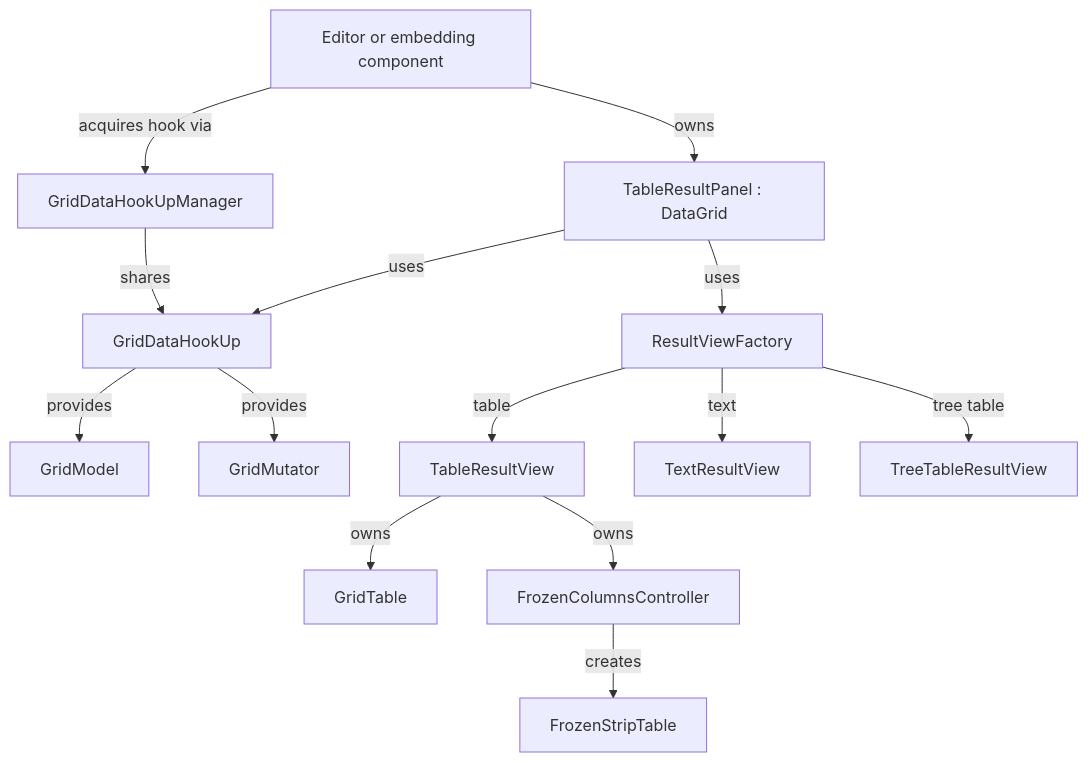
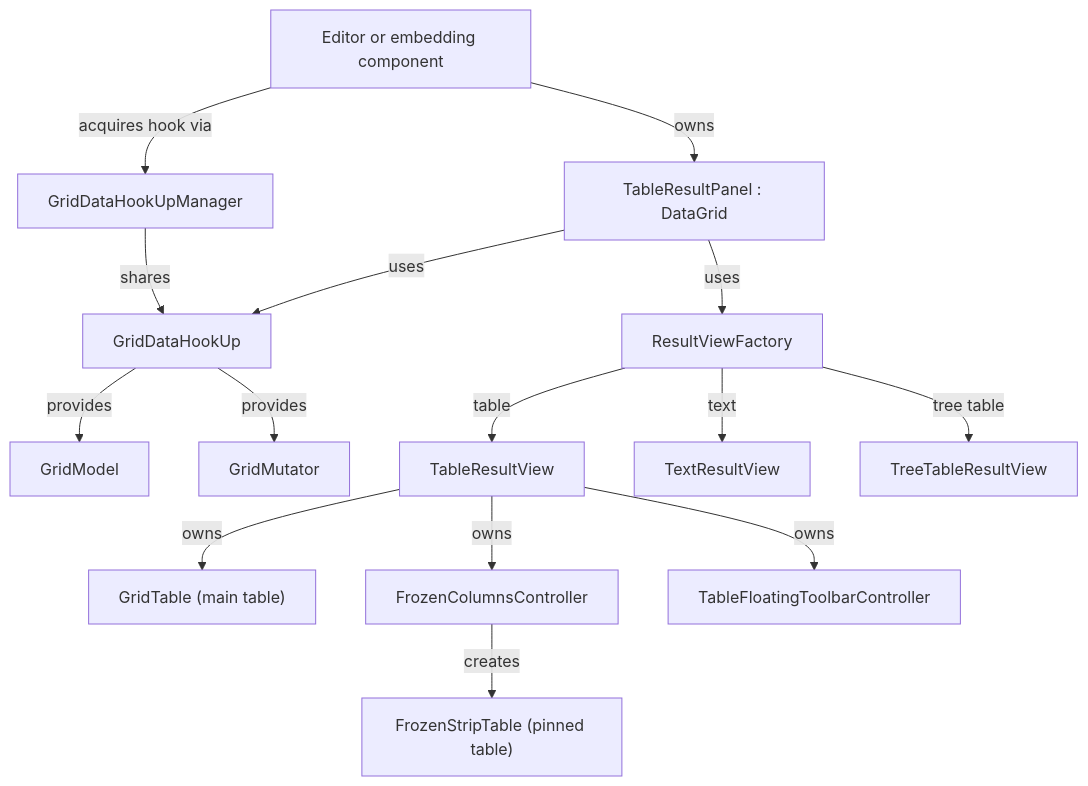
Before and after one commit to JetBrains/intellij-community: the diagram in grid/impl/README.md, drawn with Mermaid. The commit also changed other lines of this file and 10 other files, not shown here.

First line of the commit message:
DBE-27112 GridTable is a Swing table, not a ResultView

````diff
--- a/grid/impl/README.md
+++ b/grid/impl/README.md
@@ -10,16 +10,17 @@
 ```mermaid
 flowchart TD
   Host["Editor or embedding component"] -->|owns| Grid["TableResultPanel : DataGrid"]
   Host -->|acquires hook via| Manager["GridDataHookUpManager"]
   Manager -->|shares| Hook["GridDataHookUp"]
   Grid -->|uses| Hook
   Hook -->|provides| Model["GridModel"]
   Hook -->|provides| Mutator["GridMutator"]
   Grid -->|uses| Factory["ResultViewFactory"]
   Factory -->|table| Table["TableResultView"]
   Factory -->|text| Text["TextResultView"]
   Factory -->|tree table| Tree["TreeTableResultView"]
-  Table -->|owns| Primary["GridTable"]
+  Table -->|owns| Primary["GridTable (main table)"]
   Table -->|owns| Frozen["FrozenColumnsController"]
-  Frozen -->|creates| Strip["FrozenStripTable"]
+  Table -->|owns| Toolbar["TableFloatingToolbarController"]
+  Frozen -->|creates| Strip["FrozenStripTable (pinned table)"]
 ```
````
